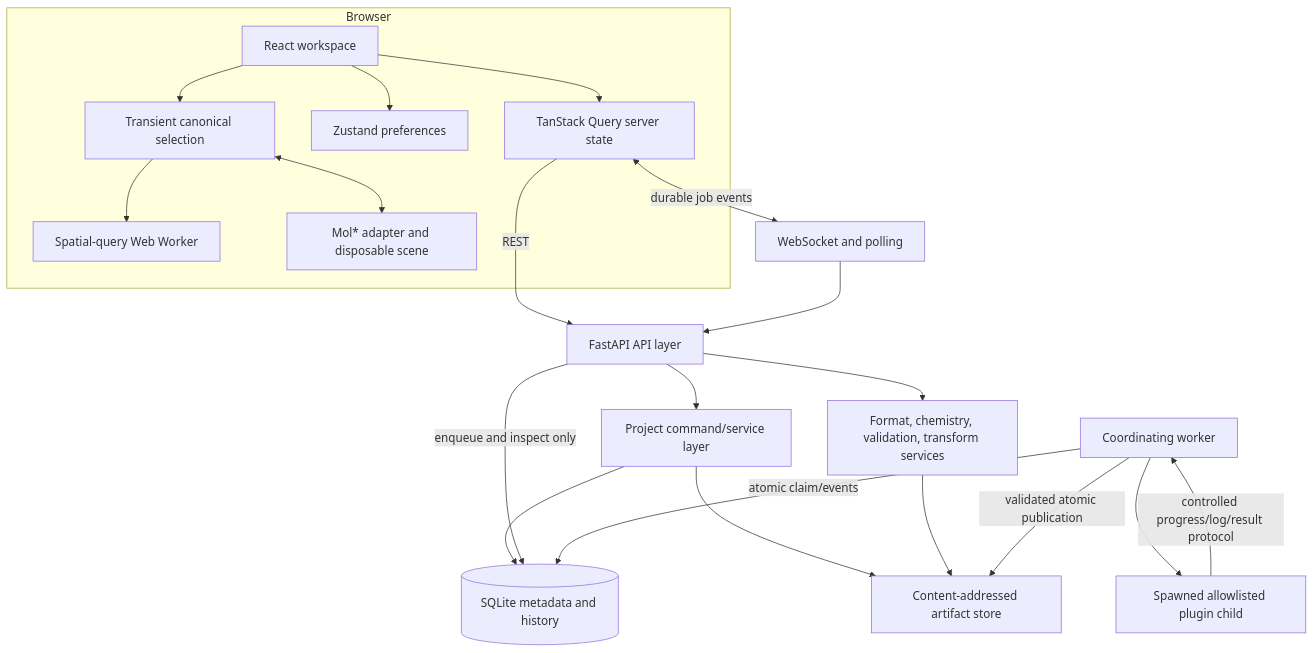
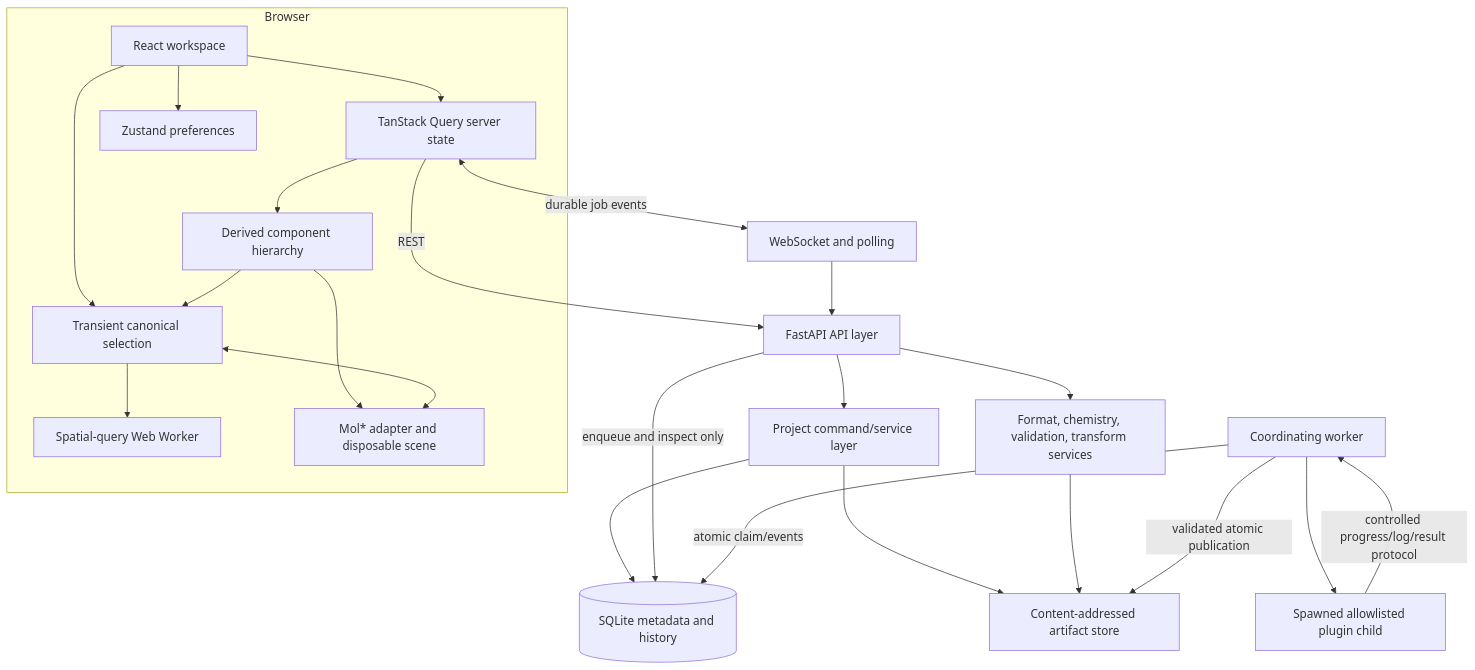
One commit to ManuelSe/Neistra changed the diagram in docs/ARCHITECTURE.md. Above: the diagram before and after it, drawn with Mermaid. The commit also changed other lines of this file and 9 other files, not shown here.

First line of the commit message:
docs(components): document hierarchy semantics

````diff
--- a/docs/ARCHITECTURE.md
+++ b/docs/ARCHITECTURE.md
@@ -9,31 +9,35 @@
 ```mermaid
 flowchart TB
   subgraph Browser
     React[React workspace]
     Query[TanStack Query server state]
     Prefs[Zustand preferences]
     Selection[Transient canonical selection]
+    Components[Derived component hierarchy]
     Spatial[Spatial-query Web Worker]
     Viewer[Mol* adapter and disposable scene]
     React --> Query
     React --> Prefs
     React --> Selection
+    Query --> Components
+    Components --> Selection
+    Components --> Viewer
     Selection <--> Viewer
     Selection --> Spatial
   end
 
   Query -->|REST| API[FastAPI API layer]
   Query <-->|durable job events| WS[WebSocket and polling]
   WS --> API
   API --> Project[Project command/service layer]
   API --> Molecular[Format, chemistry, validation, transform services]
   Project --> DB[(SQLite metadata and history)]
   Project --> Store[Content-addressed artifact store]
   Molecular --> Store
   API -->|enqueue and inspect only| DB
 
   Worker[Coordinating worker] -->|atomic claim/events| DB
   Worker --> Child[Spawned allowlisted plugin child]
   Child -->|controlled progress/log/result protocol| Worker
   Worker -->|validated atomic publication| Store
 ```
````
